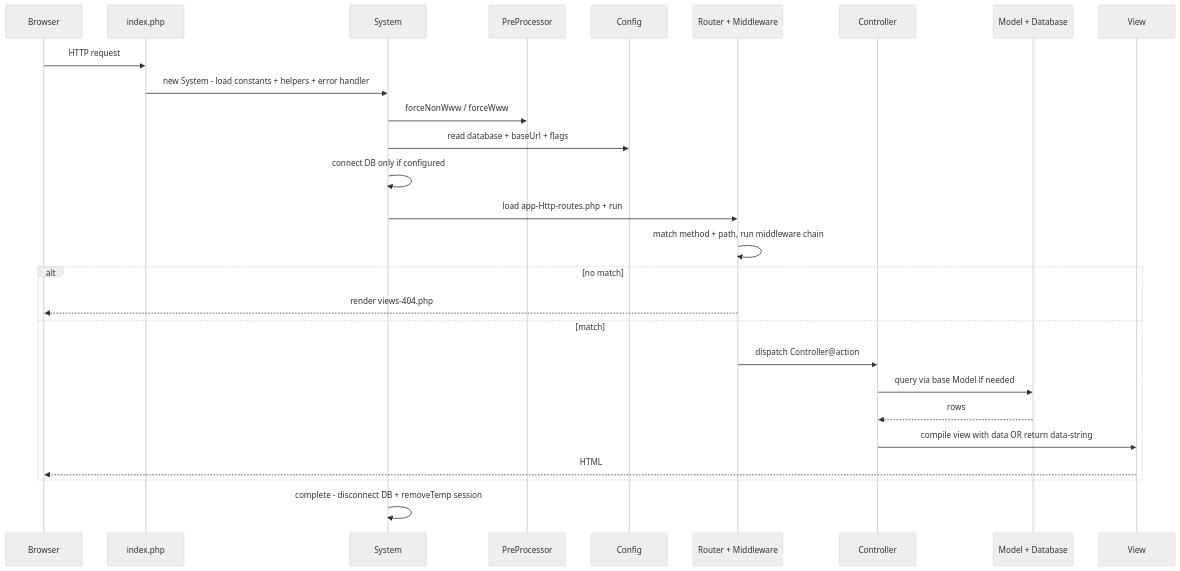
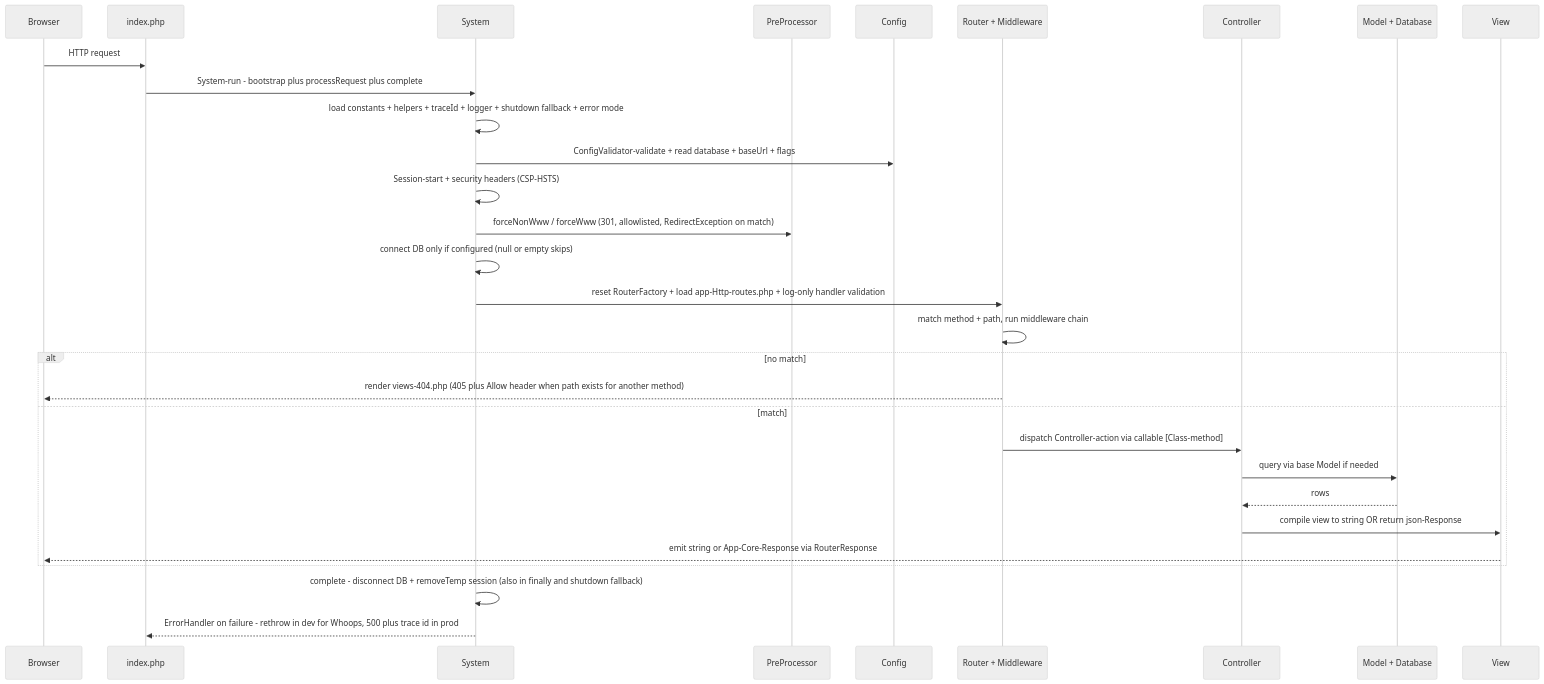
One commit to im4aLL/roolith-framework changed the third of 3 diagrams in documentation/docs/architecture.md. Above: the diagram before and after it, drawn with Mermaid (neutral theme). The commit also changed other lines of this file and 30 other files, not shown here.

````diff
--- a/documentation/docs/architecture.md
+++ b/documentation/docs/architecture.md
@@ -117,29 +117,32 @@
 ```mermaid
 sequenceDiagram
     participant Browser
     participant Entry as index.php
     participant Sys as System
     participant Pre as PreProcessor
     participant Cfg as Config
     participant R as Router + Middleware
     participant C as Controller
     participant M as Model + Database
     participant V as View
     Browser->>Entry: HTTP request
-    Entry->>Sys: new System - load constants + helpers + error handler
-    Sys->>Pre: forceNonWww / forceWww
-    Sys->>Cfg: read database + baseUrl + flags
-    Sys->>Sys: connect DB only if configured
-    Sys->>R: load app-Http-routes.php + run
+    Entry->>Sys: System-run - bootstrap plus processRequest plus complete
+    Sys->>Sys: load constants + helpers + traceId + logger + shutdown fallback + error mode
+    Sys->>Cfg: ConfigValidator-validate + read database + baseUrl + flags
+    Sys->>Sys: Session-start + security headers (CSP-HSTS)
+    Sys->>Pre: forceNonWww / forceWww (301, allowlisted, RedirectException on match)
+    Sys->>Sys: connect DB only if configured (null or empty skips)
+    Sys->>R: reset RouterFactory + load app-Http-routes.php + log-only handler validation
     R->>R: match method + path, run middleware chain
     alt no match
-        R-->>Browser: render views-404.php
+        R-->>Browser: render views-404.php (405 plus Allow header when path exists for another method)
     else match
-        R->>C: dispatch Controller@action
+        R->>C: dispatch Controller-action via callable [Class-method]
         C->>M: query via base Model if needed
         M-->>C: rows
-        C->>V: compile view with data OR return data-string
-        V-->>Browser: HTML
+        C->>V: compile view to string OR return json-Response
+        V-->>Browser: emit string or App-Core-Response via RouterResponse
     end
-    Sys->>Sys: complete - disconnect DB + removeTemp session
+    Sys->>Sys: complete - disconnect DB + removeTemp session (also in finally and shutdown fallback)
+    Sys-->>Entry: ErrorHandler on failure - rethrow in dev for Whoops, 500 plus trace id in prod
 ```
````
